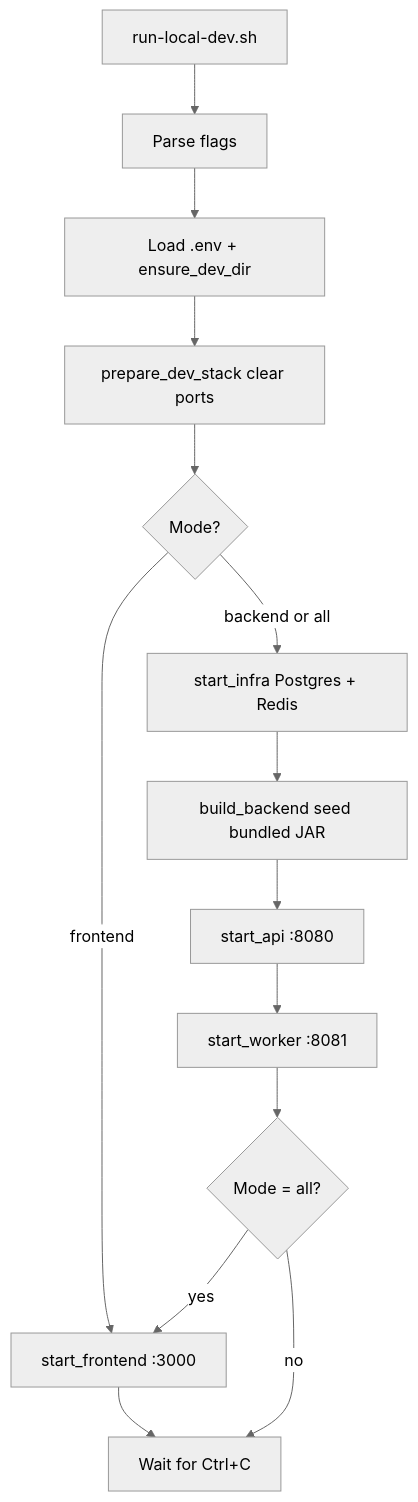
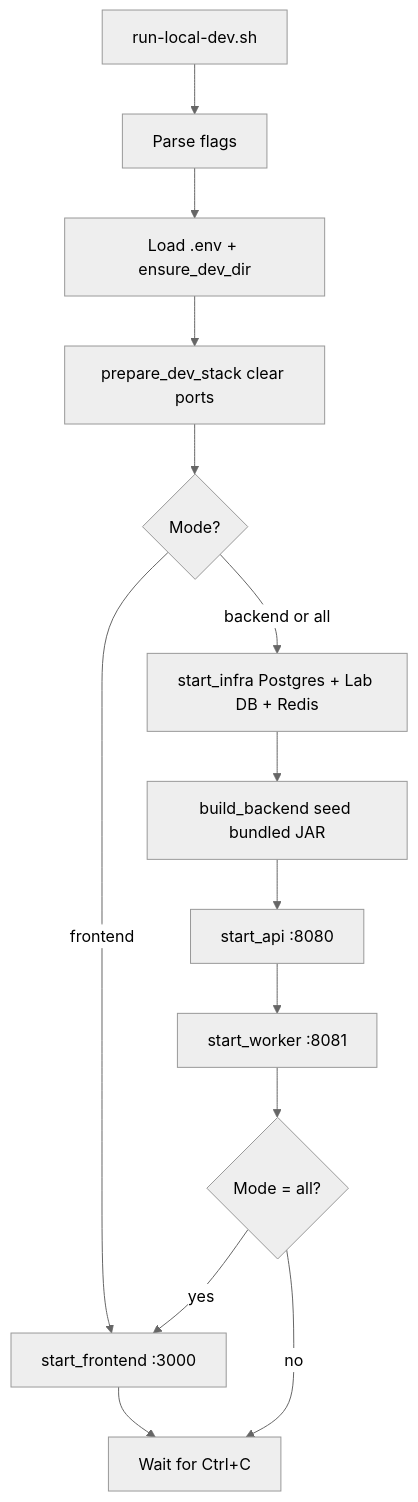
The diagram in docs/development.md (shubh-am8/data-migration-tool), drawn with Mermaid (neutral theme) before and after one commit. The commit also changed other lines of this file and 4 other files, not shown here.

Commit message:
feat(infra): add migration_lab Postgres with app/test schemas

````diff
--- a/docs/development.md
+++ b/docs/development.md
@@ -35,16 +35,16 @@
 ```mermaid
 flowchart TD
   start[run-local-dev.sh] --> parse[Parse flags]
   parse --> env[Load .env + ensure_dev_dir]
   env --> prepare[prepare_dev_stack clear ports]
   prepare --> mode{Mode?}
   mode -->|frontend| fe[start_frontend :3000]
-  mode -->|backend or all| infra[start_infra Postgres + Redis]
+  mode -->|backend or all| infra[start_infra Postgres + Lab DB + Redis]
   infra --> build[build_backend seed bundled JAR]
   build --> api[start_api :8080]
   api --> worker[start_worker :8081]
   worker --> allCheck{Mode = all?}
   allCheck -->|yes| fe
   allCheck -->|no| wait[Wait for Ctrl+C]
   fe --> wait
 ```
````
